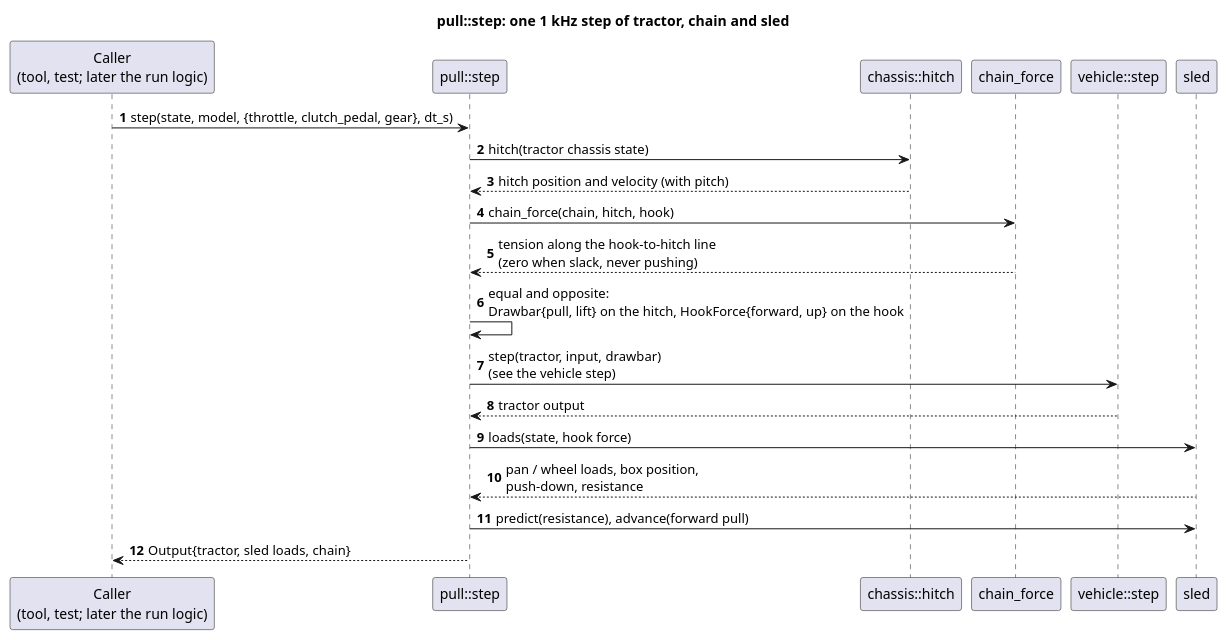
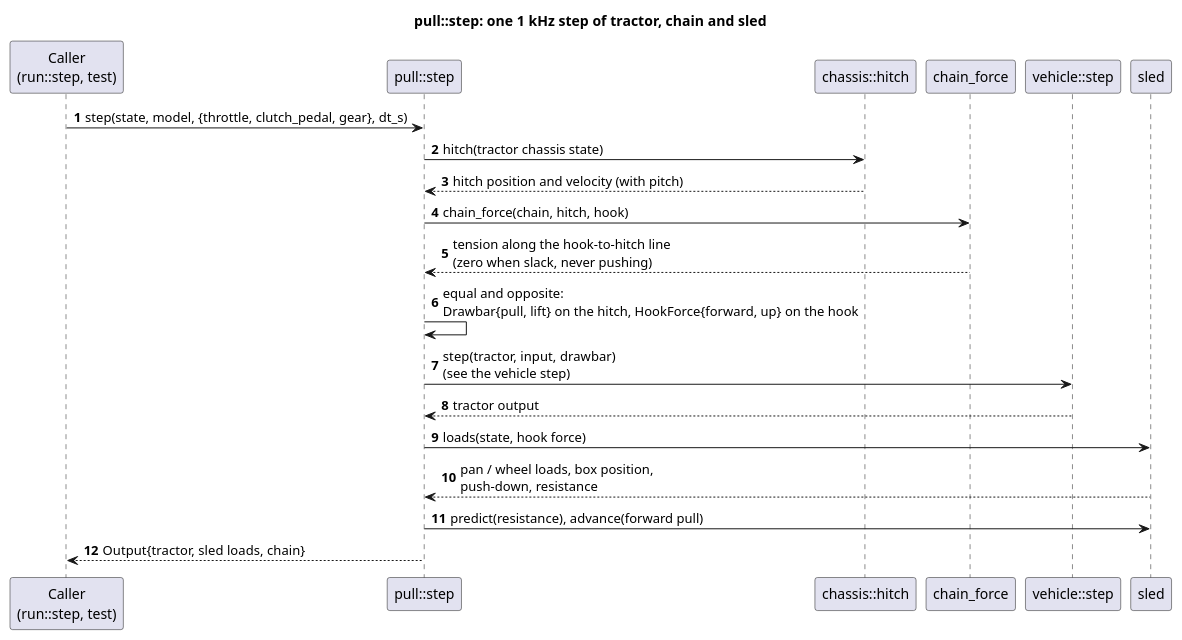
One commit to wversteeg/TractorPulling changed the diagram in docs/diagrams/pull_step_sequence.puml. Above: the diagram before and after it, drawn with PlantUML. The commit also changed 12 other files, not shown here.

First line of the commit message:
Wrap up Milestone 1: run diagrams, README status

```diff
--- a/docs/diagrams/pull_step_sequence.puml
+++ b/docs/diagrams/pull_step_sequence.puml
@@ -1,23 +1,23 @@
 @startuml pull_step_sequence
 title pull::step: one 1 kHz step of tractor, chain and sled
 autonumber
-participant "Caller\n(tool, test; later the run logic)" as Caller
+participant "Caller\n(run::step, test)" as Caller
 participant "pull::step" as Step
 participant "chassis::hitch" as Hitch
 participant "chain_force" as Chain
 participant "vehicle::step" as Vehicle
 participant "sled" as Sled
 
 Caller -> Step : step(state, model, {throttle, clutch_pedal, gear}, dt_s)
 Step -> Hitch : hitch(tractor chassis state)
 Hitch --> Step : hitch position and velocity (with pitch)
 Step -> Chain : chain_force(chain, hitch, hook)
 Chain --> Step : tension along the hook-to-hitch line\n(zero when slack, never pushing)
 Step -> Step : equal and opposite:\nDrawbar{pull, lift} on the hitch, HookForce{forward, up} on the hook
 Step -> Vehicle : step(tractor, input, drawbar)\n(see the vehicle step)
 Vehicle --> Step : tractor output
 Step -> Sled : loads(state, hook force)
 Sled --> Step : pan / wheel loads, box position,\npush-down, resistance
 Step -> Sled : predict(resistance), advance(forward pull)
 Step --> Caller : Output{tractor, sled loads, chain}
 @enduml
```
